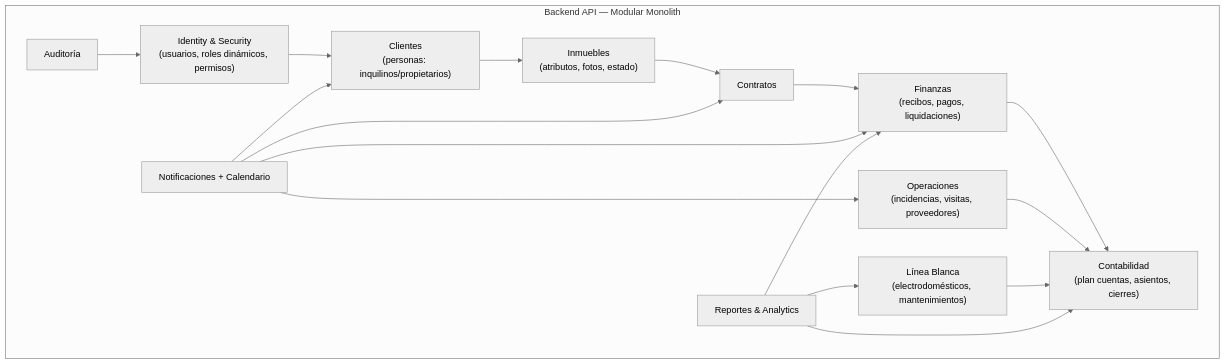
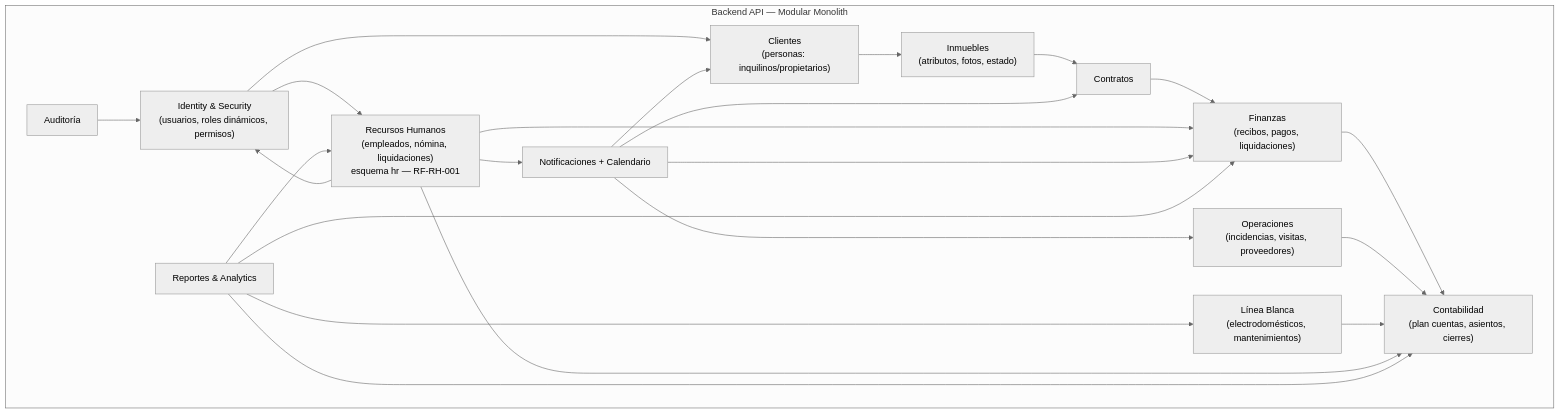
Before and after one commit to Linvex-code/ConstructoraEspecializada: the third of 5 diagrams in docs/diseno-arquitectura.md, drawn with Mermaid (neutral theme). The commit also changed other lines of this file and 7 other files, not shown here.

````diff
--- a/docs/diseno-arquitectura.md
+++ b/docs/diseno-arquitectura.md
@@ -154,32 +154,39 @@
 ```mermaid
 flowchart TD
     subgraph API["Backend API — Modular Monolith"]
         IDA["Identity & Security<br/>(usuarios, roles dinámicos, permisos)"]
         CRM["Clientes<br/>(personas: inquilinos/propietarios)"]
         PRO["Inmuebles<br/>(atributos, fotos, estado)"]
         CON["Contratos"]
         FIN["Finanzas<br/>(recibos, pagos, liquidaciones)"]
         OPS["Operaciones<br/>(incidencias, visitas, proveedores)"]
         AST["Línea Blanca<br/>(electrodomésticos, mantenimientos)"]
         ACC["Contabilidad<br/>(plan cuentas, asientos, cierres)"]
+        RHH["Recursos Humanos<br/>(empleados, nómina, liquidaciones)<br/>esquema hr — RF-RH-001"]
         NOT["Notificaciones + Calendario"]
         REP["Reportes & Analytics"]
         AUD["Auditoría"]
     end
 
     IDA --> CRM
     CRM --> PRO
     PRO --> CON
     CON --> FIN
     FIN --> ACC
     OPS --> ACC
     AST --> ACC
+    RHH --> ACC
+    RHH --> FIN
+    RHH --> IDA
+    IDA --> RHH
     NOT --> CRM
     NOT --> CON
     NOT --> FIN
     NOT --> OPS
+    RHH --> NOT
     REP --> FIN
     REP --> ACC
     REP --> AST
+    REP --> RHH
     AUD --> IDA
 ```
````
